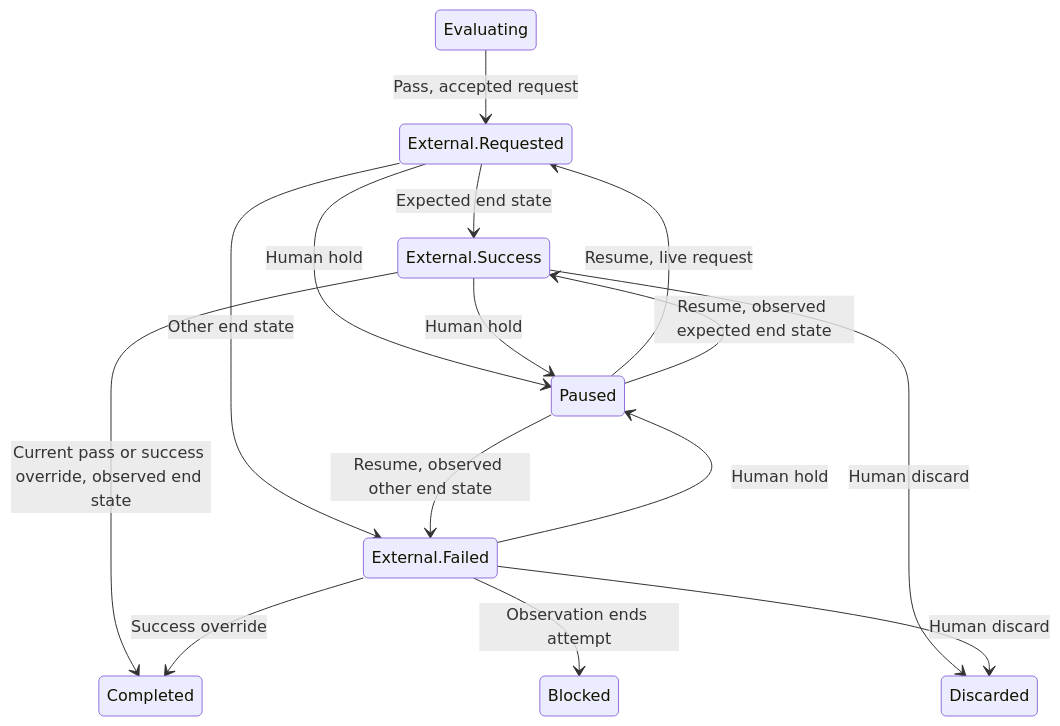
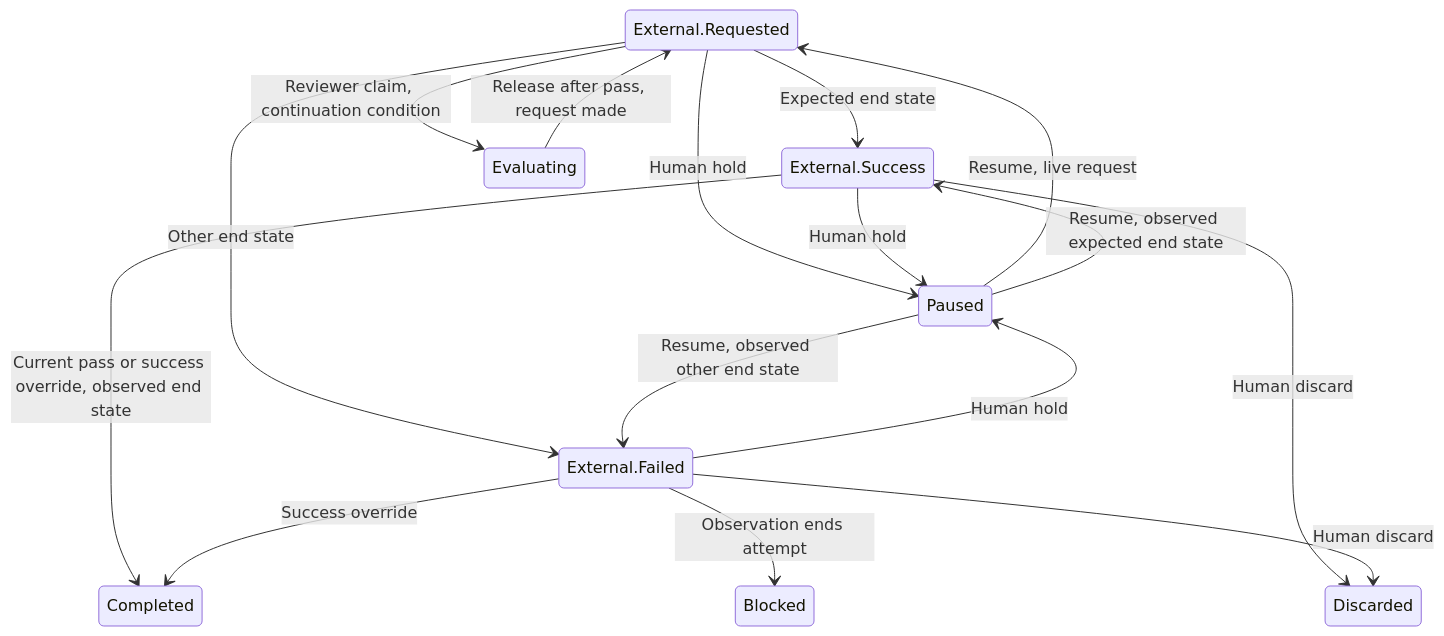
One commit to kanthorlabs/kanthord changed the second of 2 diagrams in docs/mission-service.md. Above: the diagram before and after it, drawn with Mermaid. The commit also changed other lines of this file and 10 other files, not shown here.

First line of the commit message:
docs: rule the reviewer request, the external action kinds and the re-claim continuation, and rename requester to claimant

````diff
--- a/docs/mission-service.md
+++ b/docs/mission-service.md
@@ -551,20 +565,21 @@
 ```mermaid
 stateDiagram-v2
     state "External.Requested" as ext_requested
     state "External.Success" as ext_success
     state "External.Failed" as ext_failed
-    Evaluating --> ext_requested: Pass, accepted request
+    Evaluating --> ext_requested: Release after pass, request made
     ext_requested --> ext_success: Expected end state
     ext_requested --> ext_failed: Other end state
     ext_requested --> Paused: Human hold
+    ext_requested --> Evaluating: Reviewer claim, continuation condition
     Paused --> ext_requested: Resume, live request
     Paused --> ext_success: Resume, observed expected end state
     Paused --> ext_failed: Resume, observed other end state
     ext_success --> Completed: Current pass or success override, observed end state
     ext_success --> Paused: Human hold
     ext_success --> Discarded: Human discard
     ext_failed --> Blocked: Observation ends attempt
     ext_failed --> Completed: Success override
     ext_failed --> Paused: Human hold
     ext_failed --> Discarded: Human discard
 ```
````
